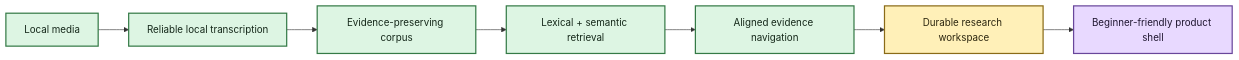
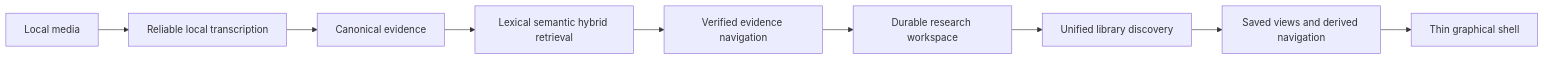
The diagram in ROADMAP.md (SSD1805/EchoFlow), drawn with Mermaid before and after one commit. The commit also changed other lines of this file, not shown here.

Commit message:
docs: rewrite roadmap around current product frontier

````diff
--- a/ROADMAP.md
+++ b/ROADMAP.md
@@ -15,17 +16,11 @@
 ```mermaid
 flowchart LR
     A[Local media] --> B[Reliable local transcription]
-    B --> C[Evidence-preserving corpus]
-    C --> D[Lexical + semantic retrieval]
-    D --> E[Aligned evidence navigation]
+    B --> C[Canonical evidence]
+    C --> D[Lexical semantic hybrid retrieval]
+    D --> E[Verified evidence navigation]
     E --> F[Durable research workspace]
-    F --> G[Beginner-friendly product shell]
-
-    classDef done fill:#DDF5E3,stroke:#347A46,stroke-width:2px,color:#142719
-    classDef now fill:#FFF0B8,stroke:#8A6B18,stroke-width:2px,color:#2C260F
-    classDef next fill:#E8D9FF,stroke:#68469B,stroke-width:2px,color:#1F1630
-
-    class A,B,C,D,E done
-    class F now
-    class G next
+    F --> G[Unified library discovery]
+    G --> H[Saved views and derived navigation]
+    H --> I[Thin graphical shell]
 ```
````
